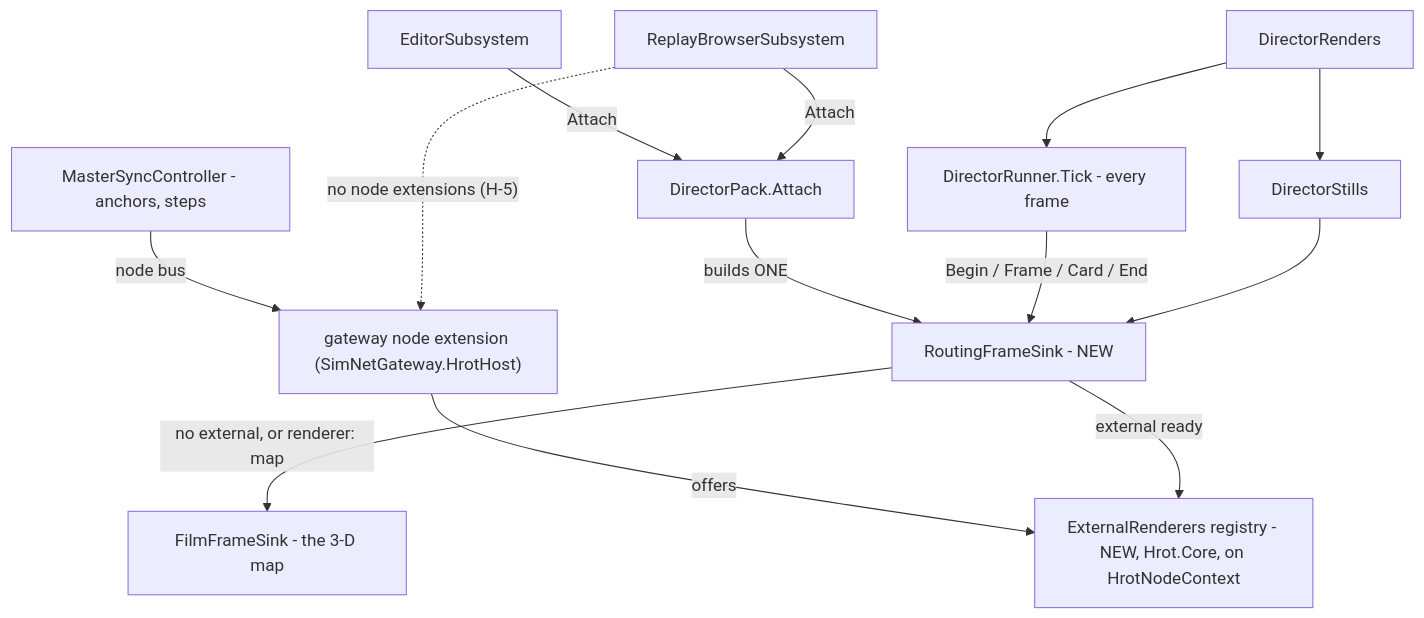
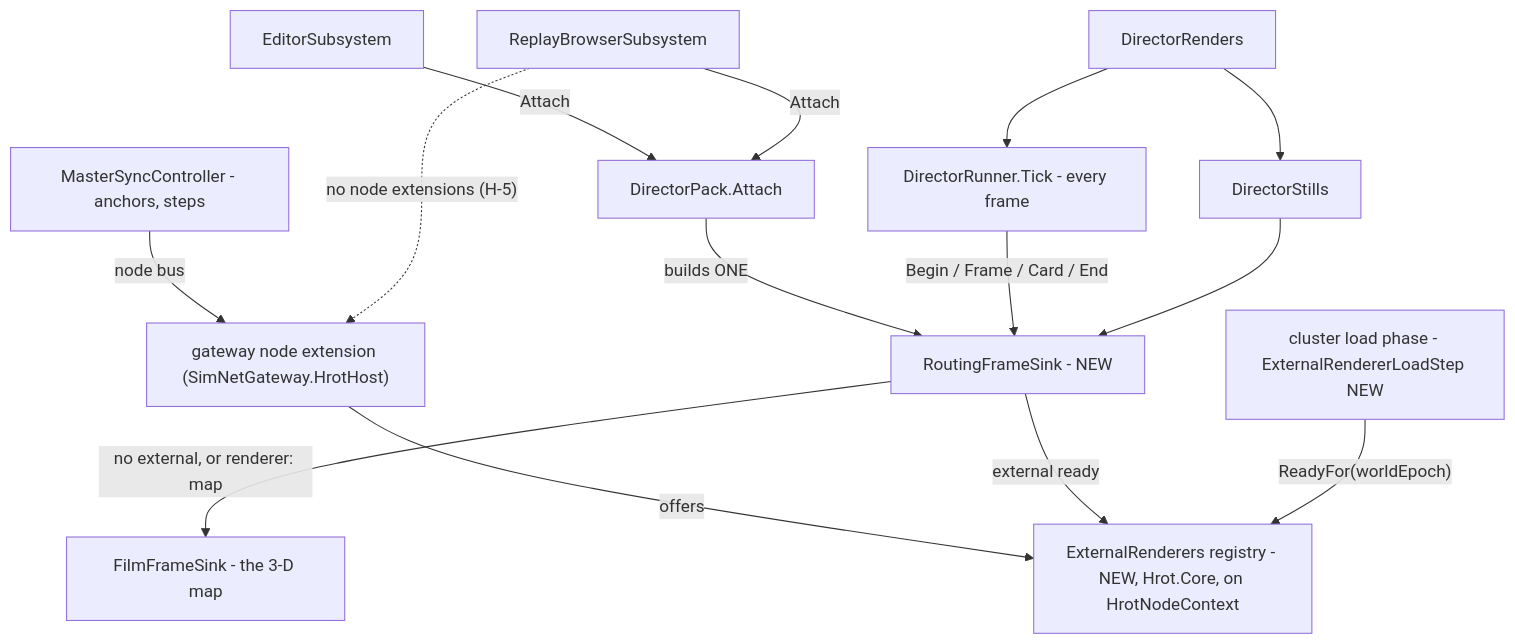
The first of 5 diagrams in docs/designs/IG/DESIGN_External_Renderer_Director.md (pjanec/HROT), drawn with Mermaid before and after one commit. The commit also changed other lines of this file and 3 other files, not shown here.

First line of the commit message:
CE-11018: Q113-I - the external renderer joins the cluster load phase (ExternalRendererLoadStep, per node like MapInLoad, R-3075); the runner's private wait superseded

````diff
--- a/docs/designs/IG/DESIGN_External_Renderer_Director.md
+++ b/docs/designs/IG/DESIGN_External_Renderer_Director.md
@@ -53,15 +54,16 @@
 ```mermaid
 graph TD
   EXT["gateway node extension (SimNetGateway.HrotHost)"] -->|"offers"| REG["ExternalRenderers registry - NEW, Hrot.Core, on HrotNodeContext"]
   ED["EditorSubsystem"] -->|"Attach"| DP["DirectorPack.Attach"]
   RB["ReplayBrowserSubsystem"] -->|"Attach"| DP
   DP -->|"builds ONE"| RS["RoutingFrameSink - NEW"]
   RS -->|"no external, or renderer: map"| FS["FilmFrameSink - the 3-D map"]
   RS -->|"external ready"| REG
   R["DirectorRunner.Tick - every frame"] -->|"Begin / Frame / Card / End"| RS
   ST["DirectorStills"] --> RS
   Q["DirectorRenders"] --> R
   Q --> ST
   CLK["MasterSyncController - anchors, steps"] -->|"node bus"| EXT
   RB -.->|"no node extensions (H-5)"| EXT
+  LP["cluster load phase - ExternalRendererLoadStep NEW"] -->|"ReadyFor(worldEpoch)"| REG
 ```
````
